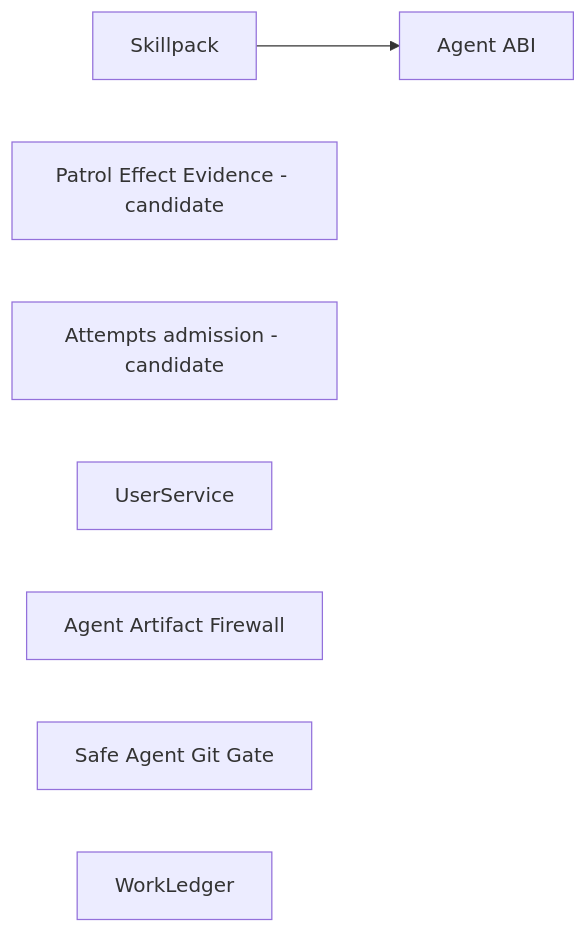
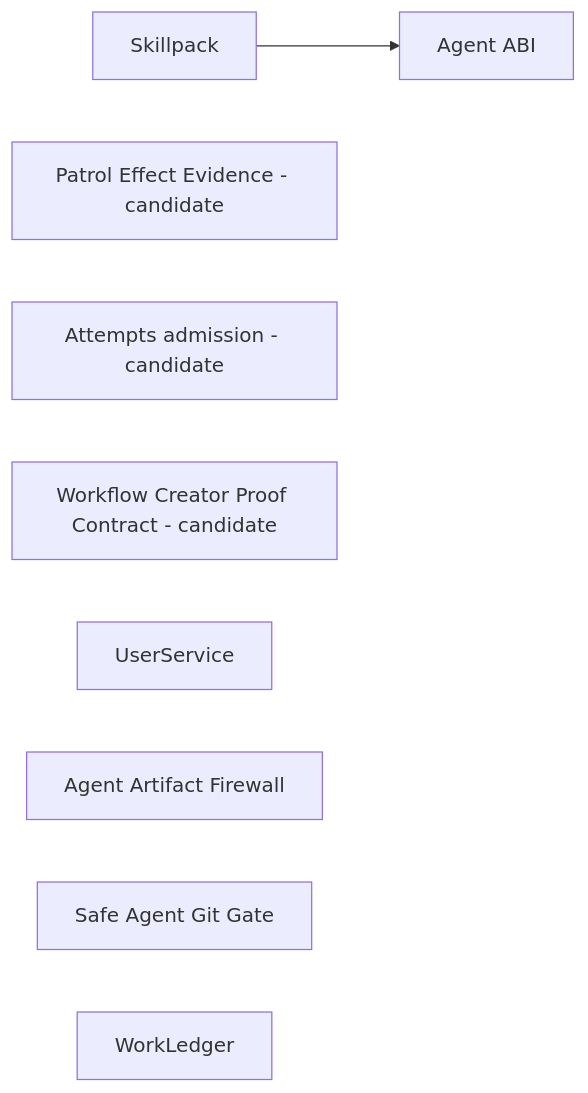
One commit to ivankuznetsov/hive changed the diagram in wiki/component-boundaries.md. Above: the diagram before and after it, drawn with Mermaid. The commit also changed other lines of this file and 15 other files, not shown here.

Commit message:
refactor(proof): isolate workflow creator contract

````diff
--- a/wiki/component-boundaries.md
+++ b/wiki/component-boundaries.md
@@ -47,10 +59,11 @@
 ```mermaid
 flowchart LR
   skillpack[Skillpack] --> agent_abi[Agent ABI]
   patrol_effects[Patrol Effect Evidence - candidate]
   attempts[Attempts admission - candidate]
+  creator_proof[Workflow Creator Proof Contract - candidate]
   user_service[UserService]
   artifact_firewall[Agent Artifact Firewall]
   git_gate[Safe Agent Git Gate]
   work_ledger[WorkLedger]
 ```
````
